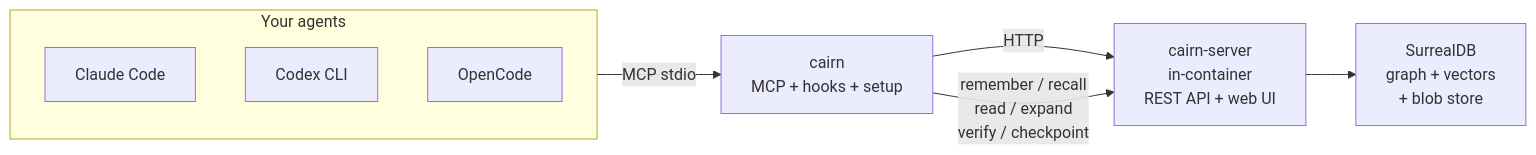
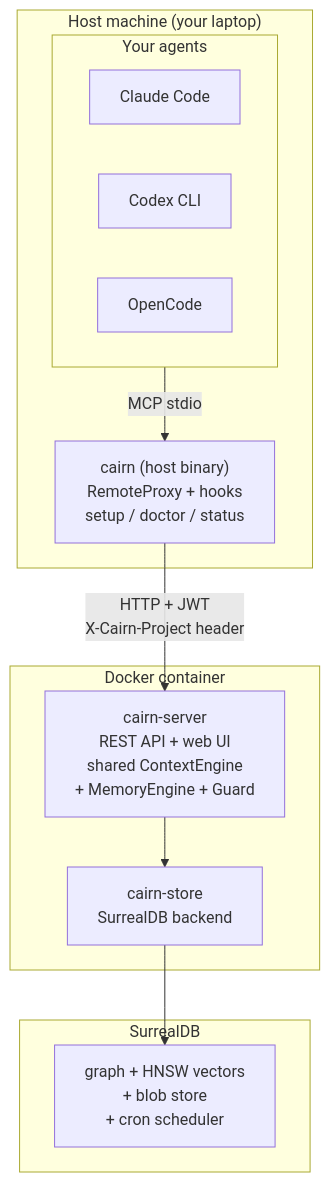
Before and after one commit to Vellixia/Cairn: the first of 3 diagrams in README.md, drawn with Mermaid. The commit also changed other lines of this file and 55 other files, not shown here.

````diff
--- a/README.md
+++ b/README.md
@@ -32,18 +34,25 @@
 ```mermaid
-flowchart LR
-    subgraph Agents["Your agents"]
-        CC["Claude Code"]
-        CX["Codex CLI"]
-        OC["OpenCode"]
+flowchart TB
+    subgraph Host["Host machine (your laptop)"]
+        subgraph Agents["Your agents"]
+            CC["Claude Code"]
+            CX["Codex CLI"]
+            OC["OpenCode"]
+        end
+        CLI["cairn (host binary)<br/>RemoteProxy + hooks<br/>setup / doctor / status"]
     end
 
-    CLI["cairn<br/>MCP + hooks + setup"]
-    Server["cairn-server<br/>in-container<br/>REST API + web UI"]
-    Store["SurrealDB<br/>graph + vectors<br/>+ blob store"]
+    subgraph Container["Docker container"]
+        Server["cairn-server<br/>REST API + web UI<br/>shared ContextEngine<br/>+ MemoryEngine + Guard"]
+        Store["cairn-store<br/>SurrealDB backend"]
+    end
+
+    subgraph Backend["SurrealDB"]
+        Graph["graph + HNSW vectors<br/>+ blob store<br/>+ cron scheduler"]
+    end
 
     Agents -->|"MCP stdio"| CLI
-    CLI -->|"HTTP"| Server
+    CLI -->|"HTTP + JWT<br/>X-Cairn-Project header"| Server
     Server --> Store
-
-    CLI -->|"remember / recall<br/>read / expand<br/>verify / checkpoint"| Server
+    Store --> Graph
 ```
````
